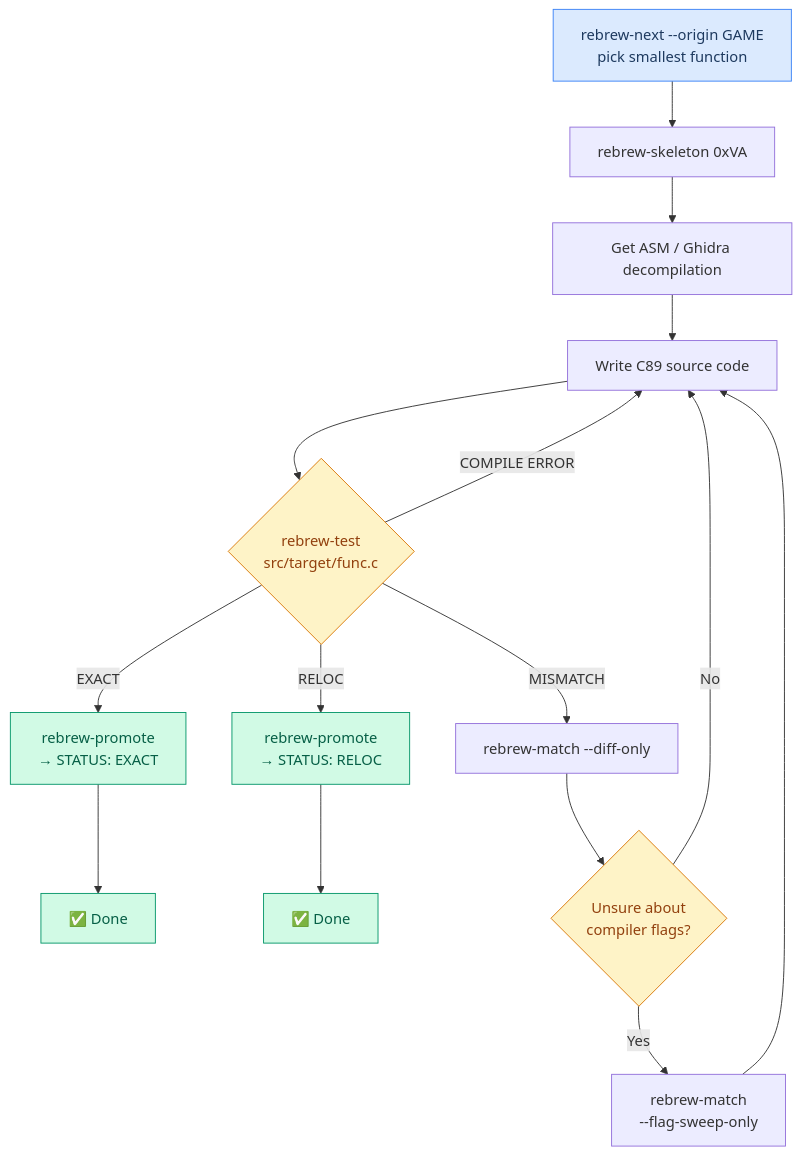
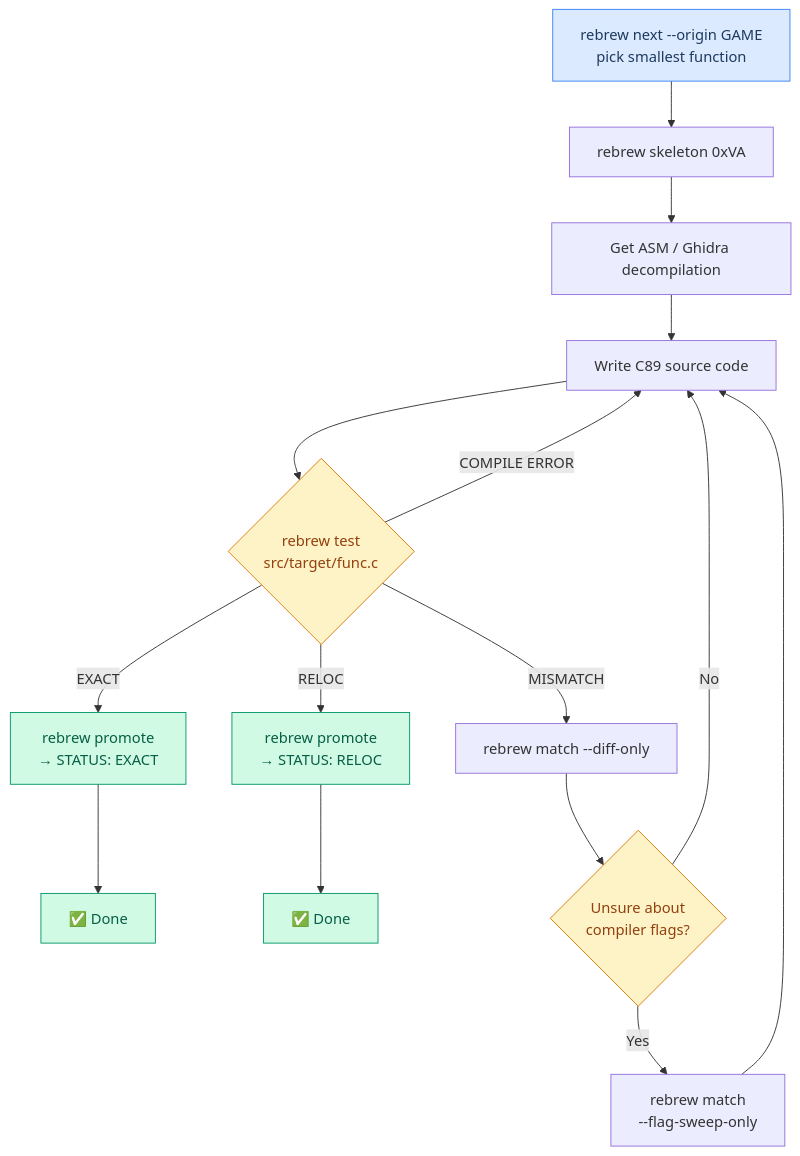
Before and after one commit to maci0/rebrew: the fourth of 16 diagrams in docs/USER_STORIES.md, drawn with Mermaid. The commit also changed other lines of this file and 16 other files, not shown here.

````diff
--- a/docs/USER_STORIES.md
+++ b/docs/USER_STORIES.md
@@ -117,25 +117,25 @@
 ```mermaid
 graph TD
-    Pick["rebrew-next --origin GAME<br/>pick smallest function"] --> Skel["rebrew-skeleton 0xVA"]
+    Pick["rebrew next --origin GAME<br/>pick smallest function"] --> Skel["rebrew skeleton 0xVA"]
     Skel --> Decompile["Get ASM / Ghidra decompilation"]
     Decompile --> Write["Write C89 source code"]
-    Write --> Test{"rebrew-test<br/>src/target/func.c"}
-    Test -->|EXACT| Promote["rebrew-promote<br/>→ STATUS: EXACT"]
+    Write --> Test{"rebrew test<br/>src/target/func.c"}
+    Test -->|EXACT| Promote["rebrew promote<br/>→ STATUS: EXACT"]
     Promote --> Done["✅ Done"]
-    Test -->|RELOC| PromoteR["rebrew-promote<br/>→ STATUS: RELOC"]
+    Test -->|RELOC| PromoteR["rebrew promote<br/>→ STATUS: RELOC"]
     PromoteR --> DoneR["✅ Done"]
-    Test -->|MISMATCH| Diff["rebrew-match --diff-only"]
+    Test -->|MISMATCH| Diff["rebrew match --diff-only"]
     Test -->|COMPILE ERROR| Write
     Diff --> Flags{"Unsure about<br/>compiler flags?"}
-    Flags -->|Yes| Sweep["rebrew-match<br/>--flag-sweep-only"]
+    Flags -->|Yes| Sweep["rebrew match<br/>--flag-sweep-only"]
     Sweep --> Write
     Flags -->|No| Write
 
     style Pick fill:#dbeafe,stroke:#3b82f6,color:#1e3a5f
     style Promote fill:#d1fae5,stroke:#059669,color:#065f46
     style PromoteR fill:#d1fae5,stroke:#059669,color:#065f46
     style Done fill:#d1fae5,stroke:#059669,color:#065f46
     style DoneR fill:#d1fae5,stroke:#059669,color:#065f46
     style Test fill:#fef3c7,stroke:#d97706,color:#92400e
     style Flags fill:#fef3c7,stroke:#d97706,color:#92400e
 ```
````
